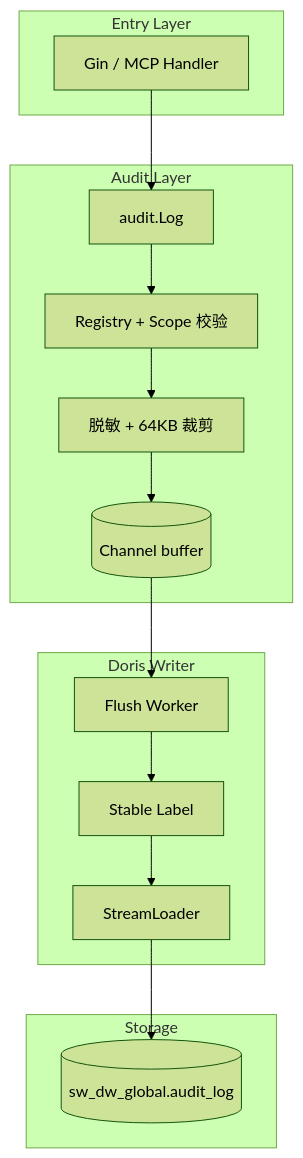
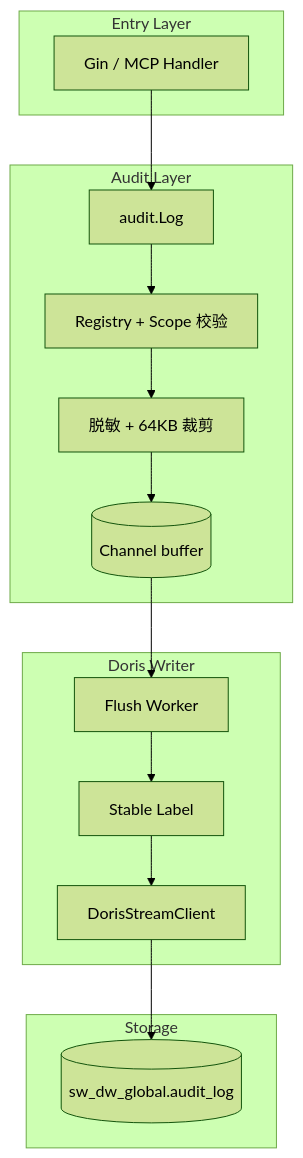
One commit to qinwenshiCH/workflow changed the first of 2 diagrams in specs/20260626-Wave-Feat-AddAuditLog/03-plan-doris.md. Above: the diagram before and after it, drawn with Mermaid (forest theme). The commit also changed other lines of this file and 5 other files, not shown here.

````diff
--- a/specs/20260626-Wave-Feat-AddAuditLog/03-plan-doris.md
+++ b/specs/20260626-Wave-Feat-AddAuditLog/03-plan-doris.md
@@ -191,29 +196,29 @@
 ```mermaid
 flowchart TD
     subgraph 入口层[Entry Layer]
         Gin[Gin / MCP Handler]
     end
     subgraph 审计层[Audit Layer]
         LOG[audit.Log]
         REG[Registry + Scope 校验]
         SAN[脱敏 + 64KB 裁剪]
         CH[(Channel buffer)]
     end
     subgraph 写入层[Doris Writer]
         FW[Flush Worker]
         LAB[Stable Label]
-        SL[StreamLoader]
+        SL[DorisStreamClient]
     end
     subgraph 存储层[Storage]
         DORIS[(sw_dw_global.audit_log)]
     end
 
     Gin --> LOG
     LOG --> REG
     REG --> SAN
     SAN --> CH
     CH --> FW
     FW --> LAB
     LAB --> SL
     SL --> DORIS
 ```
````
